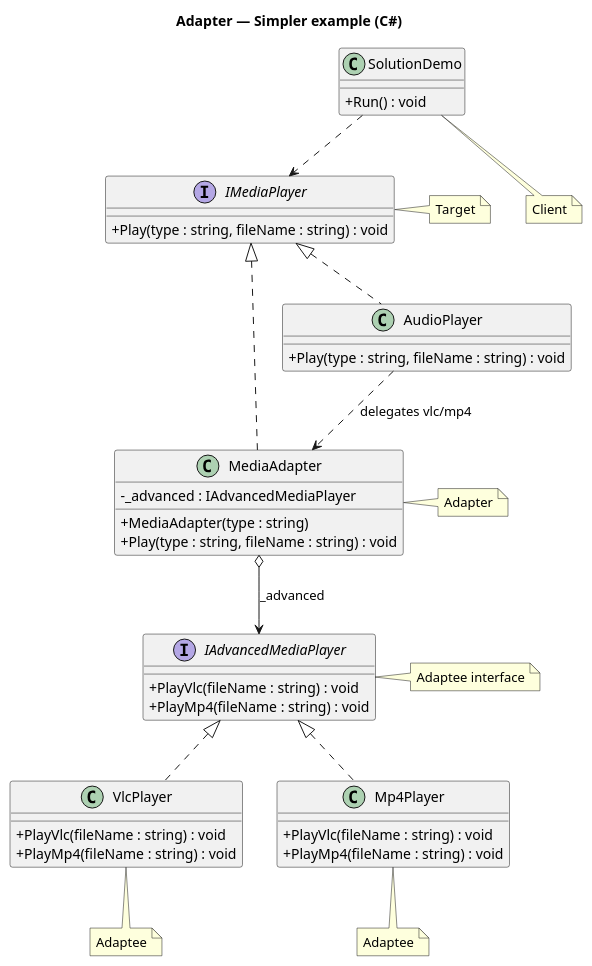
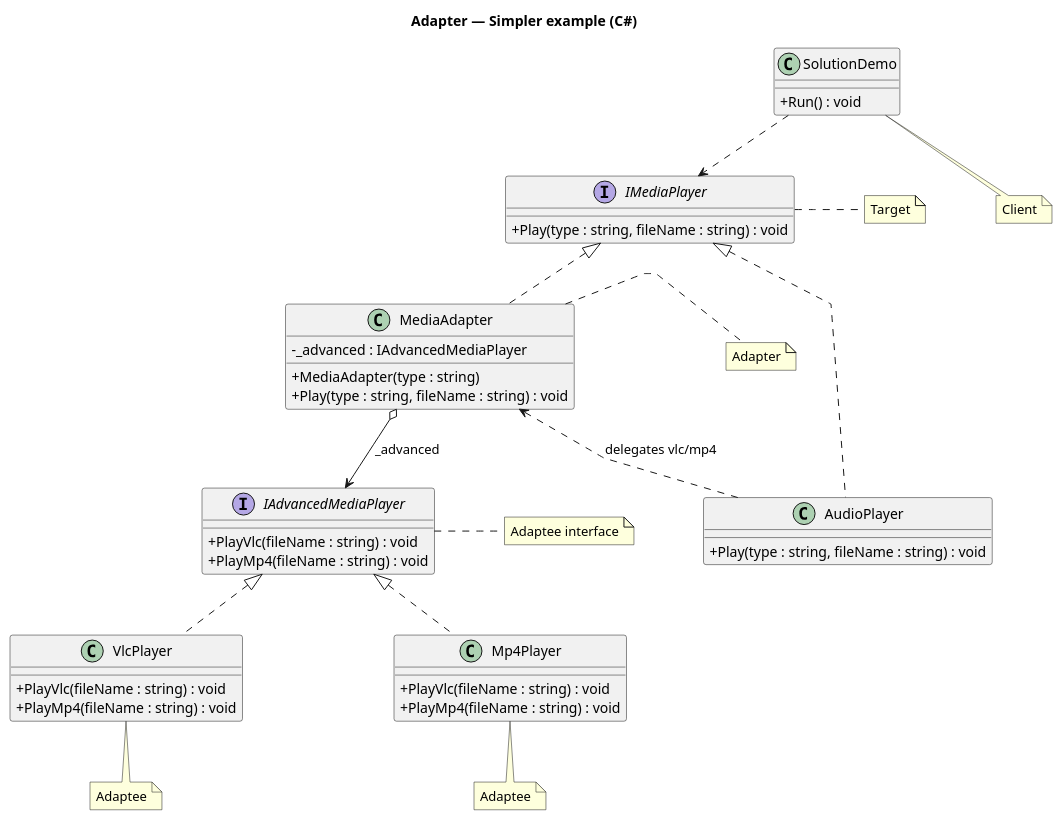
Before and after one commit to kaldiroglu/DesignPatternsWithCSharp: the diagram in Structural Patterns (Simpler)/Simpler.Adapter/uml/adapter.puml, drawn with PlantUML. The commit also changed 43 other files, not shown here.

Commit message:
Diagrams: each parent above and centered over its children, on one row, with straight lines

```diff
--- a/Structural Patterns (Simpler)/Simpler.Adapter/uml/adapter.puml
+++ b/Structural Patterns (Simpler)/Simpler.Adapter/uml/adapter.puml
@@ -1,53 +1,72 @@
 @startuml Adapter
+skinparam linetype polyline
+skinparam nodesep 70
+skinparam class {
+  BackgroundColor<<spacer>> transparent
+  BorderColor<<spacer>> transparent
+  FontColor<<spacer>> transparent
+}
+hide <<spacer>> stereotype
+hide <<spacer>> circle
 skinparam classAttributeIconSize 0
 title Adapter — Simpler example (C#)
 
 interface IMediaPlayer {
   + Play(type : string, fileName : string) : void
 }
 
 interface IAdvancedMediaPlayer {
   + PlayVlc(fileName : string) : void
   + PlayMp4(fileName : string) : void
 }
 
 class VlcPlayer {
   + PlayVlc(fileName : string) : void
   + PlayMp4(fileName : string) : void
 }
 
 class Mp4Player {
   + PlayVlc(fileName : string) : void
   + PlayMp4(fileName : string) : void
 }
 
 class MediaAdapter {
   - _advanced : IAdvancedMediaPlayer
   + MediaAdapter(type : string)
   + Play(type : string, fileName : string) : void
 }
 
 class AudioPlayer {
   + Play(type : string, fileName : string) : void
 }
 
 class SolutionDemo {
   + Run() : void
 }
 
 IMediaPlayer <|.. MediaAdapter
 IMediaPlayer <|.. AudioPlayer
 IAdvancedMediaPlayer <|.. VlcPlayer
 IAdvancedMediaPlayer <|.. Mp4Player
-MediaAdapter o--> IAdvancedMediaPlayer : _advanced
-AudioPlayer ..> MediaAdapter : delegates vlc/mp4
-SolutionDemo ..> IMediaPlayer
 
 note right of IMediaPlayer : Target
 note right of MediaAdapter : Adapter
 note right of IAdvancedMediaPlayer : Adaptee interface
 note bottom of VlcPlayer : Adaptee
 note bottom of Mp4Player : Adaptee
 note bottom of SolutionDemo : Client
 
+class " " as Spacer1 <<spacer>>
+IMediaPlayer -[hidden]- Spacer1
+IMediaPlayer -[hidden]- Spacer1
+MediaAdapter -[hidden]right- Spacer1
+Spacer1 -[hidden]right- AudioPlayer
+class " " as Spacer2 <<spacer>>
+IAdvancedMediaPlayer -[hidden]- Spacer2
+IAdvancedMediaPlayer -[hidden]- Spacer2
+VlcPlayer -[hidden]right- Spacer2
+Spacer2 -[hidden]right- Mp4Player
+MediaAdapter o--> IAdvancedMediaPlayer : _advanced
+AudioPlayer ..> MediaAdapter : delegates vlc/mp4
+SolutionDemo ..> IMediaPlayer
 @enduml
```
